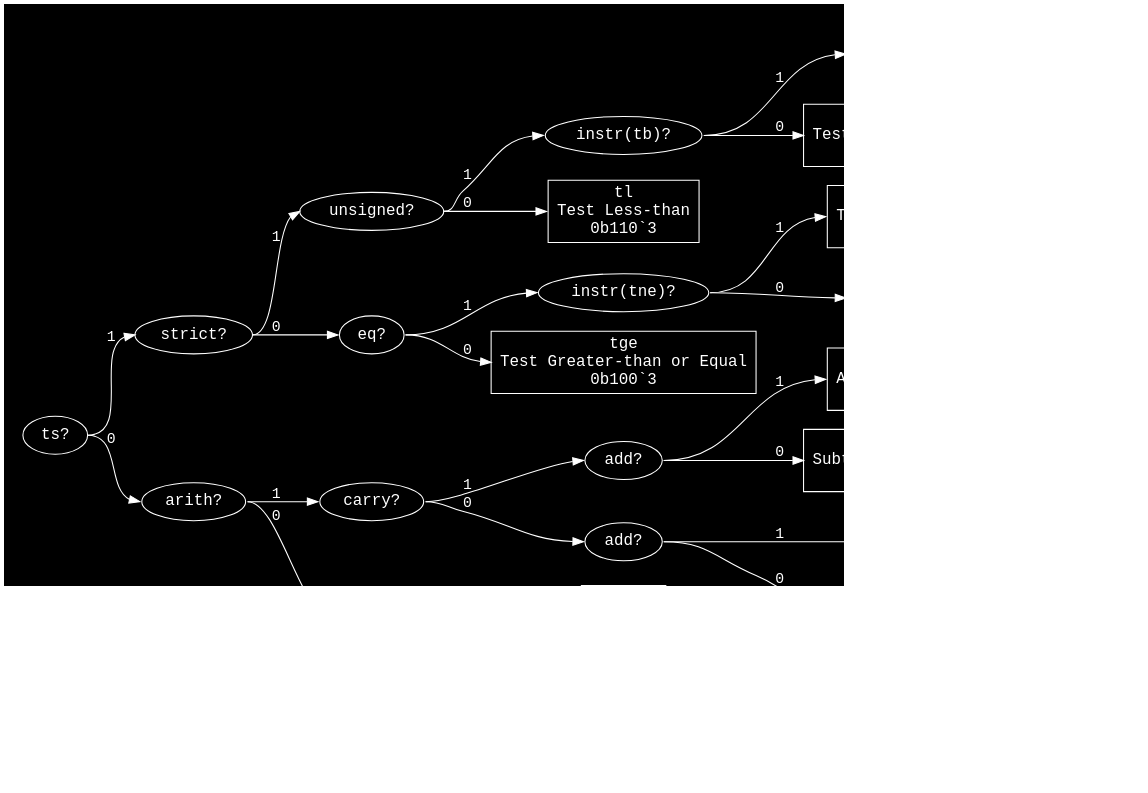
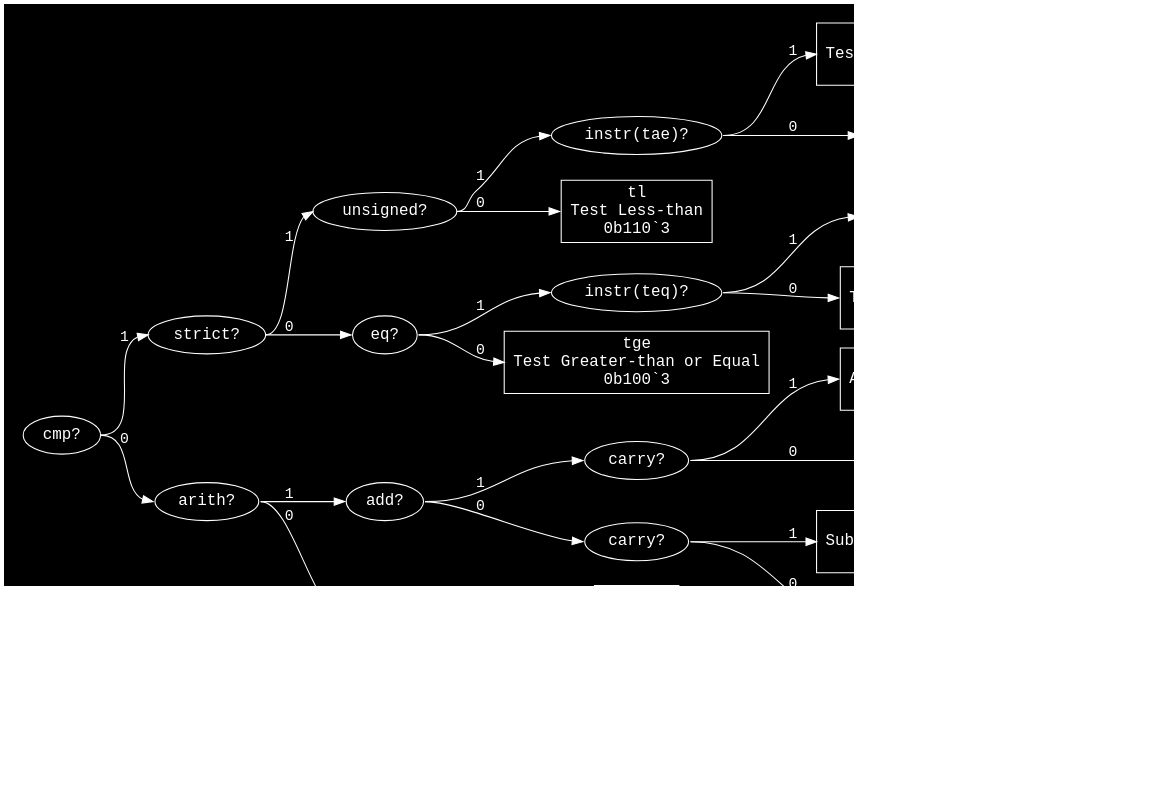
Before and after one commit to eignnx/SPRIND: the diagram in assets/graphs/rr(_).dot, drawn with Graphviz. The commit also changed 15 other files, not shown here.

```diff
--- a/assets/graphs/rr(_).dot
+++ b/assets/graphs/rr(_).dot
@@ -1,58 +1,58 @@
 digraph "Format rr(_)" {
   graph [dpi = 100, bgcolor="#111", fontcolor="white", rankdir=LR, pad="0.25"];
   node [fontname = "Courier", fontsize="15pt", color="white", fontcolor="white"];
   edge [fontname = "Courier", color="white", fontcolor="white"];
-  "ts_15468535" [label = "ts?", shape = ellipse];
-  "ts_15468535":e -> "strict_555480":w [label = "1"];
-  "ts_15468535":e -> "arith_11854115":w [label = "0"];
-  "strict_555480" [label = "strict?", shape = ellipse];
-  "strict_555480":e -> "unsigned_15854941":w [label = "1"];
-  "strict_555480":e -> "eq_13984211":w [label = "0"];
-  "unsigned_15854941" [label = "unsigned?", shape = ellipse];
-  "unsigned_15854941":e -> "instr(tb)_6620893":w [label = "1"];
-  "unsigned_15854941":e -> "tl_8913108":w [label = "0"];
-  "instr(tb)_6620893" [label = "instr(tb)?", shape = ellipse];
-  "instr(tb)_6620893":e -> "tb_7020844":w [label = "1"];
-  "instr(tb)_6620893":e -> "tae_6900673":w [label = "0"];
-  "tb_7020844" [label = "tb\nTest Below\n0b1111`4", shape = rectangle];
-  "tae_6900673" [label = "tae\nTest Above or Equal\n0b1110`4", shape = rectangle];
+  "cmp_10232838" [label = "cmp?", shape = ellipse];
+  "cmp_10232838":e -> "strict_10325086":w [label = "1"];
+  "cmp_10232838":e -> "arith_10218939":w [label = "0"];
+  "strict_10325086" [label = "strict?", shape = ellipse];
+  "strict_10325086":e -> "unsigned_6728150":w [label = "1"];
+  "strict_10325086":e -> "eq_1600762":w [label = "0"];
+  "unsigned_6728150" [label = "unsigned?", shape = ellipse];
+  "unsigned_6728150":e -> "instr(tae)_163210":w [label = "1"];
+  "unsigned_6728150":e -> "tl_8913108":w [label = "0"];
+  "instr(tae)_163210" [label = "instr(tae)?", shape = ellipse];
+  "instr(tae)_163210":e -> "tae_6900673":w [label = "1"];
+  "instr(tae)_163210":e -> "tb_7020844":w [label = "0"];
+  "tae_6900673" [label = "tae\nTest Above or Equal\n0b1111`4", shape = rectangle];
+  "tb_7020844" [label = "tb\nTest Below\n0b1110`4", shape = rectangle];
   "tl_8913108" [label = "tl\nTest Less-than\n0b110`3", shape = rectangle];
-  "eq_13984211" [label = "eq?", shape = ellipse];
-  "eq_13984211":e -> "instr(tne)_15436207":w [label = "1"];
-  "eq_13984211":e -> "tge_289938":w [label = "0"];
-  "instr(tne)_15436207" [label = "instr(tne)?", shape = ellipse];
-  "instr(tne)_15436207":e -> "tne_9691690":w [label = "1"];
-  "instr(tne)_15436207":e -> "teq_6366130":w [label = "0"];
-  "tne_9691690" [label = "tne\nTest Not Equal\n0b1011`4", shape = rectangle];
-  "teq_6366130" [label = "teq\nTest Equal\n0b1010`4", shape = rectangle];
+  "eq_1600762" [label = "eq?", shape = ellipse];
+  "eq_1600762":e -> "instr(teq)_8451579":w [label = "1"];
+  "eq_1600762":e -> "tge_289938":w [label = "0"];
+  "instr(teq)_8451579" [label = "instr(teq)?", shape = ellipse];
+  "instr(teq)_8451579":e -> "teq_6366130":w [label = "1"];
+  "instr(teq)_8451579":e -> "tne_9691690":w [label = "0"];
+  "teq_6366130" [label = "teq\nTest Equal\n0b1011`4", shape = rectangle];
+  "tne_9691690" [label = "tne\nTest Not Equal\n0b1010`4", shape = rectangle];
   "tge_289938" [label = "tge\nTest Greater-than or Equal\n0b100`3", shape = rectangle];
-  "arith_11854115" [label = "arith?", shape = ellipse];
-  "arith_11854115":e -> "carry_8195802":w [label = "1"];
-  "arith_11854115":e -> "xor_2619008":w [label = "0"];
-  "carry_8195802" [label = "carry?", shape = ellipse];
-  "carry_8195802":e -> "add_1627692":w [label = "1"];
-  "carry_8195802":e -> "add_1118135":w [label = "0"];
-  "add_1627692" [label = "add?", shape = ellipse];
-  "add_1627692":e -> "addcy_9991314":w [label = "1"];
-  "add_1627692":e -> "subcy_4746204":w [label = "0"];
+  "arith_10218939" [label = "arith?", shape = ellipse];
+  "arith_10218939":e -> "add_14925082":w [label = "1"];
+  "arith_10218939":e -> "and_2131246":w [label = "0"];
+  "add_14925082" [label = "add?", shape = ellipse];
+  "add_14925082":e -> "carry_14418308":w [label = "1"];
+  "add_14925082":e -> "carry_5674031":w [label = "0"];
+  "carry_14418308" [label = "carry?", shape = ellipse];
+  "carry_14418308":e -> "addcy_9991314":w [label = "1"];
+  "carry_14418308":e -> "add_13179919":w [label = "0"];
   "addcy_9991314" [label = "addcy\nAdd with Carry\n0b0111`4", shape = rectangle];
-  "subcy_4746204" [label = "subcy\nSubtract with Carry\n0b0110`4", shape = rectangle];
-  "add_1118135" [label = "add?", shape = ellipse];
-  "add_1118135":e -> "add_13179919":w [label = "1"];
-  "add_1118135":e -> "sub_2133549":w [label = "0"];
-  "add_13179919" [label = "add\nAdd\n0b0101`4", shape = rectangle];
+  "add_13179919" [label = "add\nAdd\n0b0110`4", shape = rectangle];
+  "carry_5674031" [label = "carry?", shape = ellipse];
+  "carry_5674031":e -> "subcy_4746204":w [label = "1"];
+  "carry_5674031":e -> "sub_2133549":w [label = "0"];
+  "subcy_4746204" [label = "subcy\nSubtract with Carry\n0b0101`4", shape = rectangle];
   "sub_2133549" [label = "sub\nSubtract\n0b0100`4", shape = rectangle];
-  "xor_2619008" [label = "xor?", shape = ellipse];
-  "xor_2619008":e -> "xor_16442135":w [label = "1"];
-  "xor_2619008":e -> "logical_6897678":w [label = "0"];
-  "xor_16442135" [label = "xor\nXOR\n0b001`3", shape = rectangle];
-  "logical_6897678" [label = "logical?", shape = ellipse];
-  "logical_6897678":e -> "and_9224350":w [label = "1"];
-  "logical_6897678":e -> "mov_8131765":w [label = "0"];
-  "and_9224350" [label = "and?", shape = ellipse];
-  "and_9224350":e -> "and_14333479":w [label = "1"];
-  "and_9224350":e -> "or_13437499":w [label = "0"];
-  "and_14333479" [label = "and\nAND\n0b00011`5", shape = rectangle];
+  "and_2131246" [label = "and?", shape = ellipse];
+  "and_2131246":e -> "and_14333479":w [label = "1"];
+  "and_2131246":e -> "bitwise_14135401":w [label = "0"];
+  "and_14333479" [label = "and\nAND\n0b001`3", shape = rectangle];
+  "bitwise_14135401" [label = "bitwise?", shape = ellipse];
+  "bitwise_14135401":e -> "xor_1186243":w [label = "1"];
+  "bitwise_14135401":e -> "mov_8131765":w [label = "0"];
+  "xor_1186243" [label = "xor?", shape = ellipse];
+  "xor_1186243":e -> "xor_16442135":w [label = "1"];
+  "xor_1186243":e -> "or_13437499":w [label = "0"];
+  "xor_16442135" [label = "xor\nXOR\n0b00011`5", shape = rectangle];
   "or_13437499" [label = "or\nOR\n0b00010`5", shape = rectangle];
   "mov_8131765" [label = "mov\nMove\n0b0000`4", shape = rectangle];
 }
```
